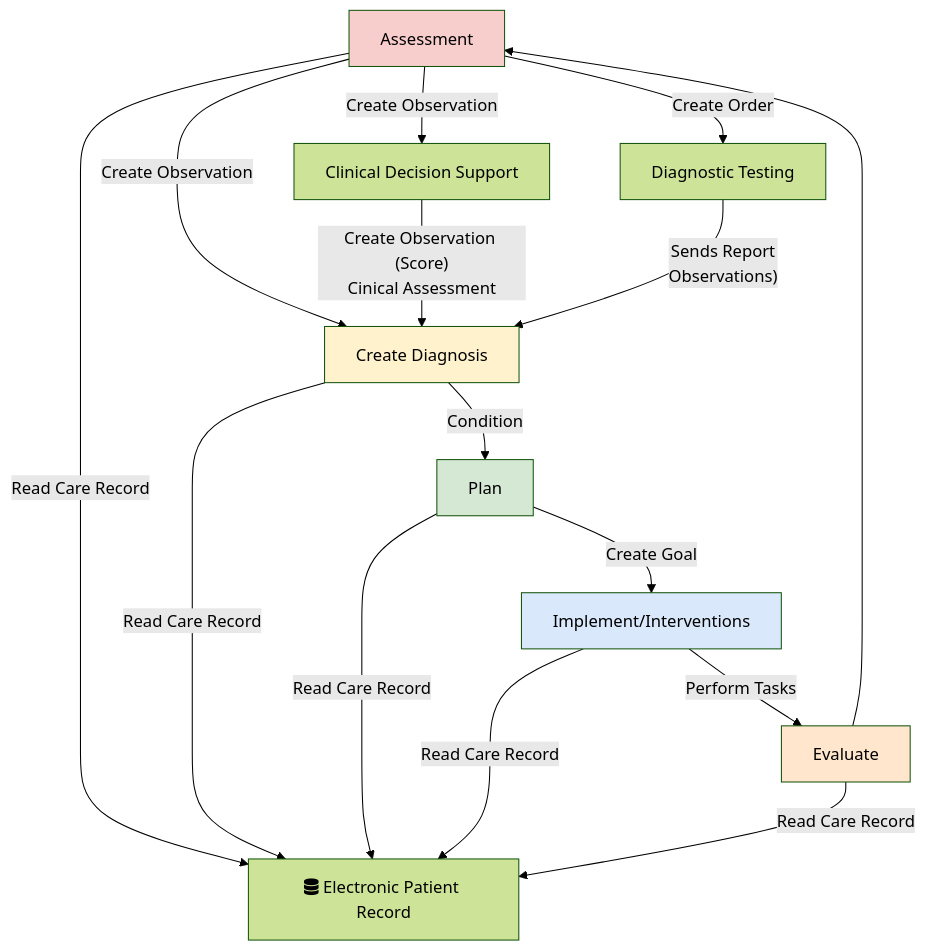
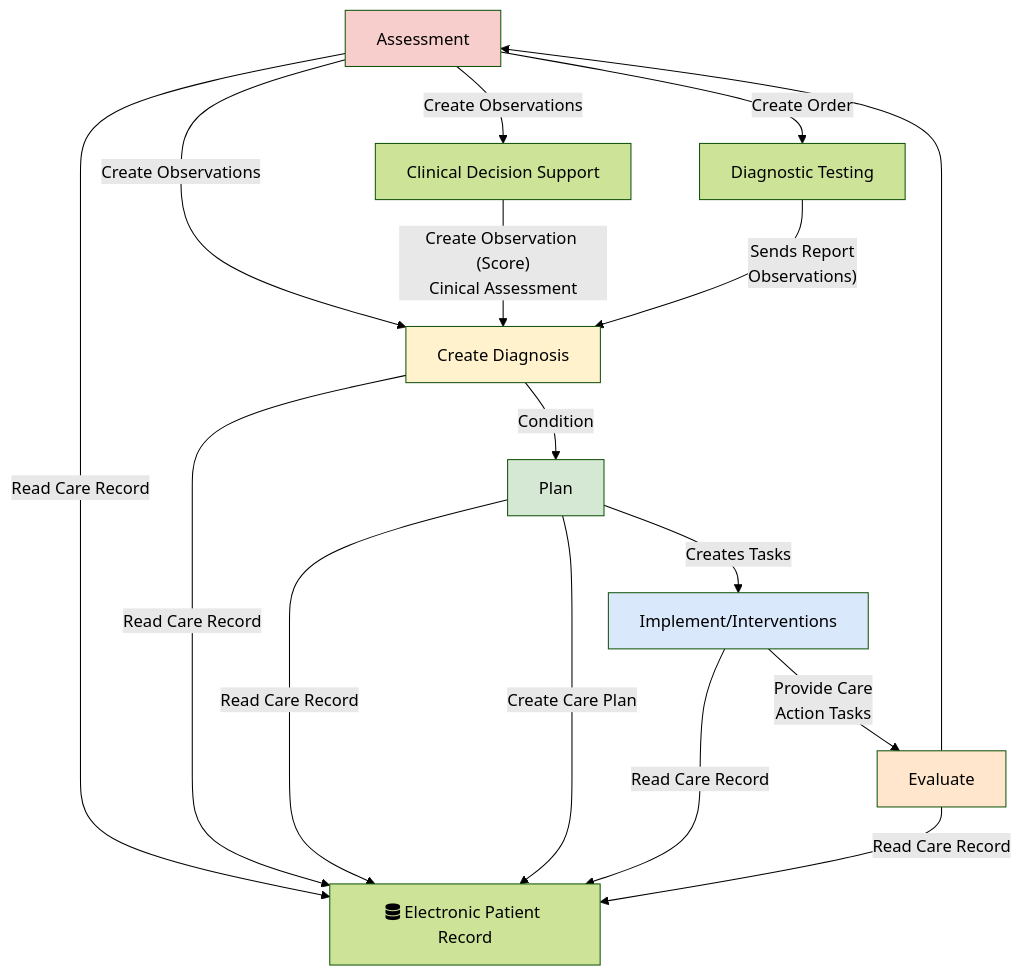
One commit to Virtually-Healthcare/virtually-healthcare.github.com changed the diagram in input/pagecontent/index.md. Above: the diagram before and after it, drawn with Mermaid (forest theme).

Commit message:
Mermaid diagram

````diff
--- a/input/pagecontent/index.md
+++ b/input/pagecontent/index.md
@@ -7,32 +7,33 @@
 ```mermaid
 graph TD;
-    Assessment[Assessment]-->|Create Observation| Diagnosis;
-    Assessment --> |Create Observation| ClinicalDecisionSupport
+    Assessment[Assessment]-->|Create Observations| Diagnosis;
+    Assessment --> |Create Observations| ClinicalDecisionSupport
     Assessment --> |Create Order| DiagnosticTesting
 
     ClinicalDecisionSupport[Clinical Decision Support]  --> |"Create Observation (Score)<br/>Cinical Assessment"| Diagnosis
     DiagnosticTesting[Diagnostic Testing] --> |"Sends Report <br/> Observations)"| Diagnosis
     Diagnosis[Create Diagnosis]-->|Condition| Plan;
-    Plan -->|Create Goal| Implement;
-    Implement[Implement/Interventions]-->|Perform Tasks| Evaluate;
+    Plan -->|Creates Tasks| Implement;
+    Implement[Implement/Interventions]-->|Provide Care <br/> Action Tasks| Evaluate;
     Evaluate[Evaluate]-->Assessment;
 
     EPR[fas:fa-database Electronic Patient Record] 
     Assessment --> |Read Care Record| EPR
     Diagnosis --> |Read Care Record| EPR
     Plan --> |Read Care Record| EPR
+    Plan --> |Create Care Plan| EPR
     Implement --> |Read Care Record| EPR
     Evaluate --> |Read Care Record| EPR
     
     classDef yellow fill:#FFF2CC;
     classDef pink fill:#F8CECC
     classDef green fill:#D5E8D4;
     classDef blue fill:#DAE8FC;
     classDef orange fill:#FFE6CC;
 
     class Assessment pink
     class Diagnosis yellow
     class Plan green
     class Implement blue
     class Evaluate orange
 ```
````
